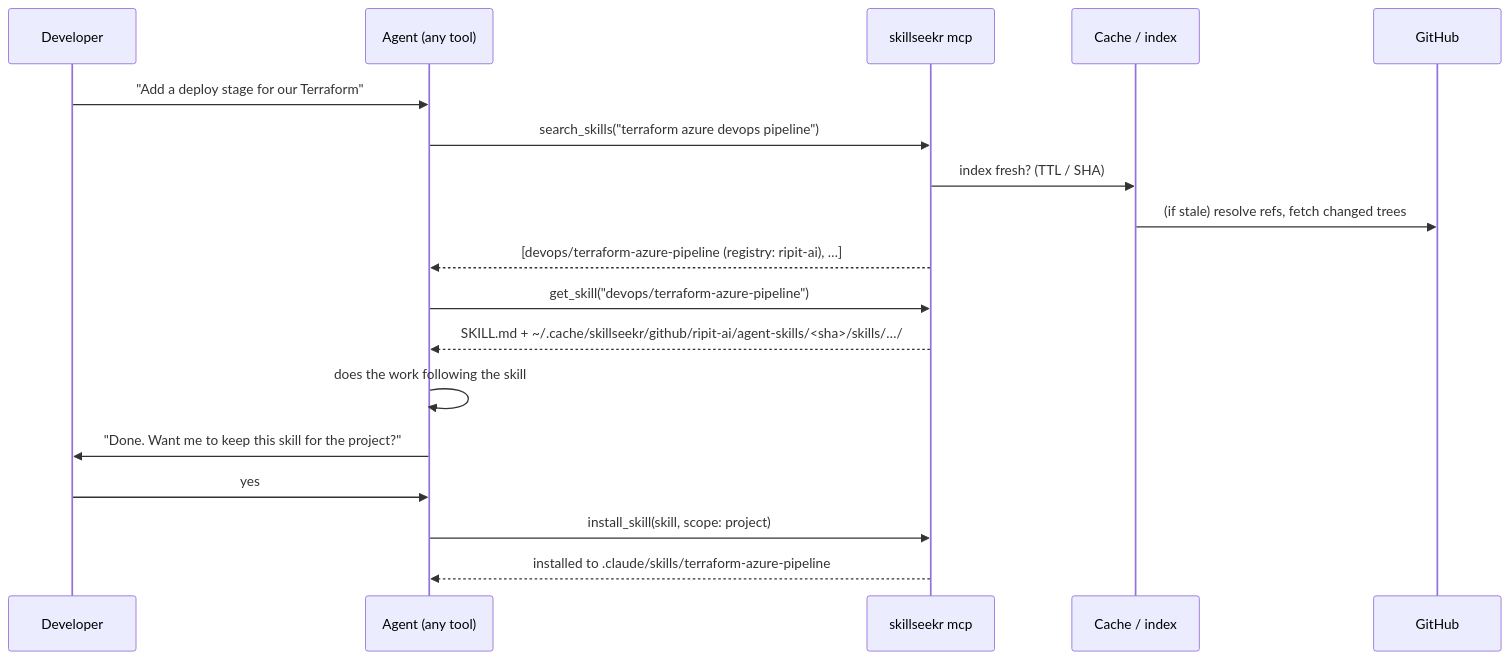
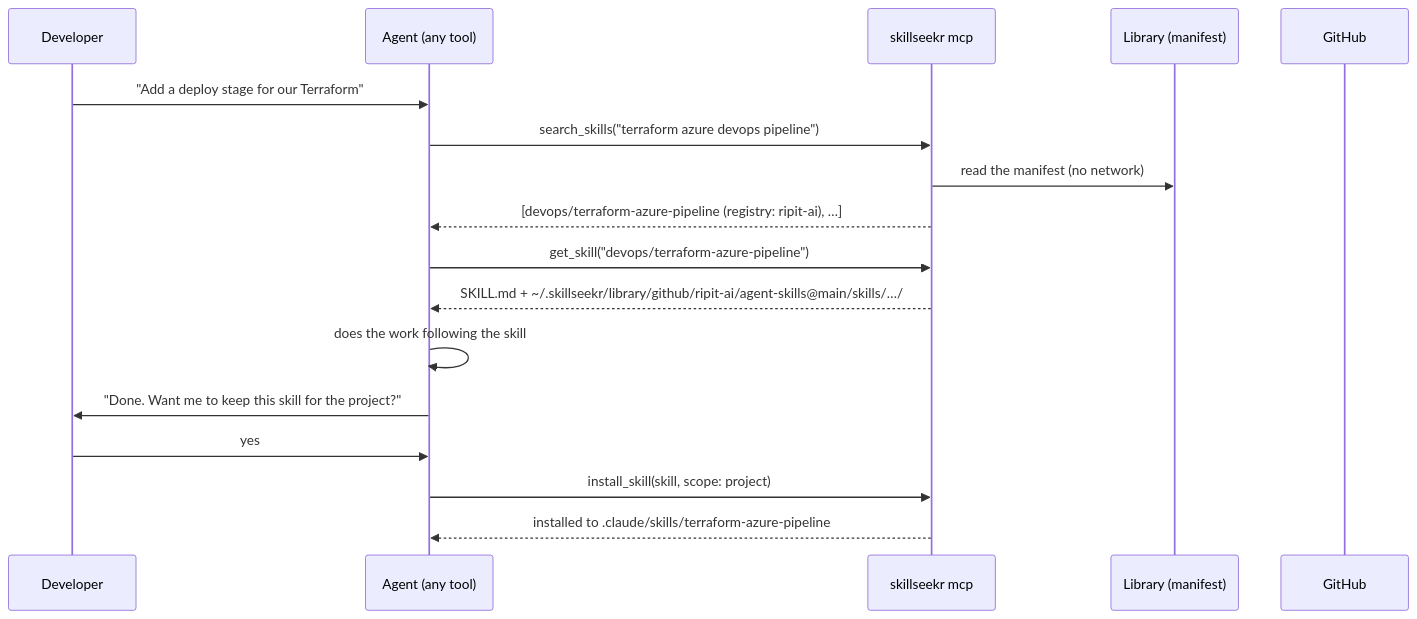
Before and after one commit to ripit-ai/skillseekr: the second of 2 diagrams in docs/spec.md, drawn with Mermaid. The commit also changed other lines of this file and 5 other files, not shown here.

Commit message:
docs: skill library and explicit updates

````diff
--- a/docs/spec.md
+++ b/docs/spec.md
@@ -342,20 +347,19 @@
 ```mermaid
 sequenceDiagram
     participant U as Developer
     participant A as Agent (any tool)
     participant M as skillseekr mcp
-    participant C as Cache / index
+    participant C as Library (manifest)
     participant G as GitHub
     U->>A: "Add a deploy stage for our Terraform"
     A->>M: search_skills("terraform azure devops pipeline")
-    M->>C: index fresh? (TTL / SHA)
-    C->>G: (if stale) resolve refs, fetch changed trees
+    M->>C: read the manifest (no network)
     M-->>A: [devops/terraform-azure-pipeline (registry: ripit-ai), …]
     A->>M: get_skill("devops/terraform-azure-pipeline")
-    M-->>A: SKILL.md + ~/.cache/skillseekr/github/ripit-ai/agent-skills/<sha>/skills/…/
+    M-->>A: SKILL.md + ~/.skillseekr/library/github/ripit-ai/agent-skills@main/skills/…/
     A->>A: does the work following the skill
     A->>U: "Done. Want me to keep this skill for the project?"
     U->>A: yes
     A->>M: install_skill(skill, scope: project)
     M-->>A: installed to .claude/skills/terraform-azure-pipeline
 ```
````
